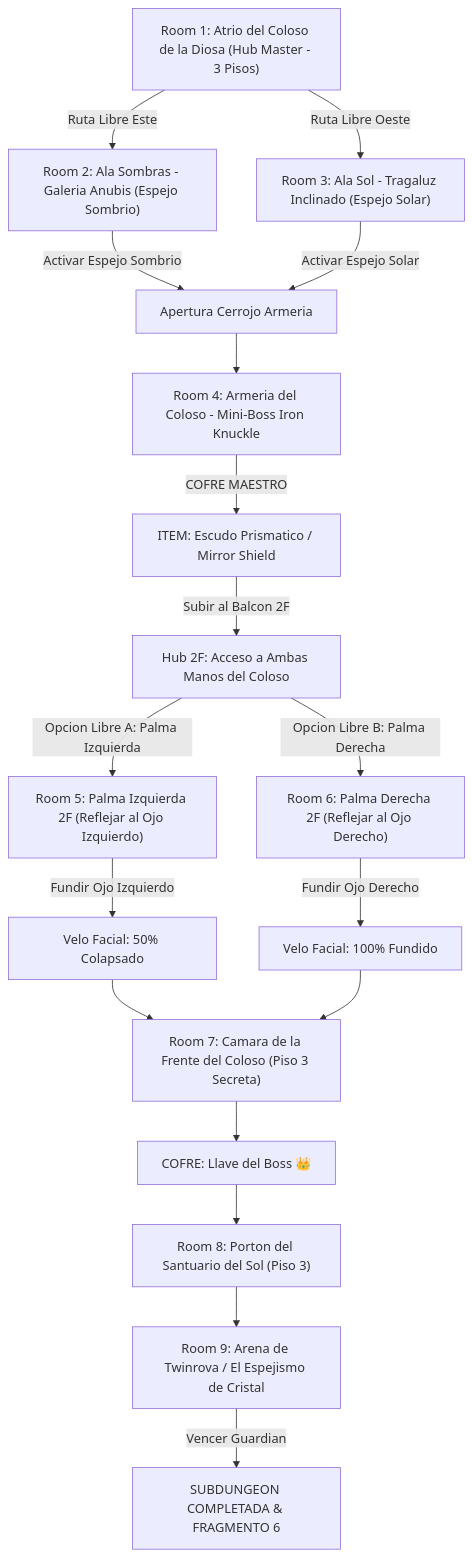
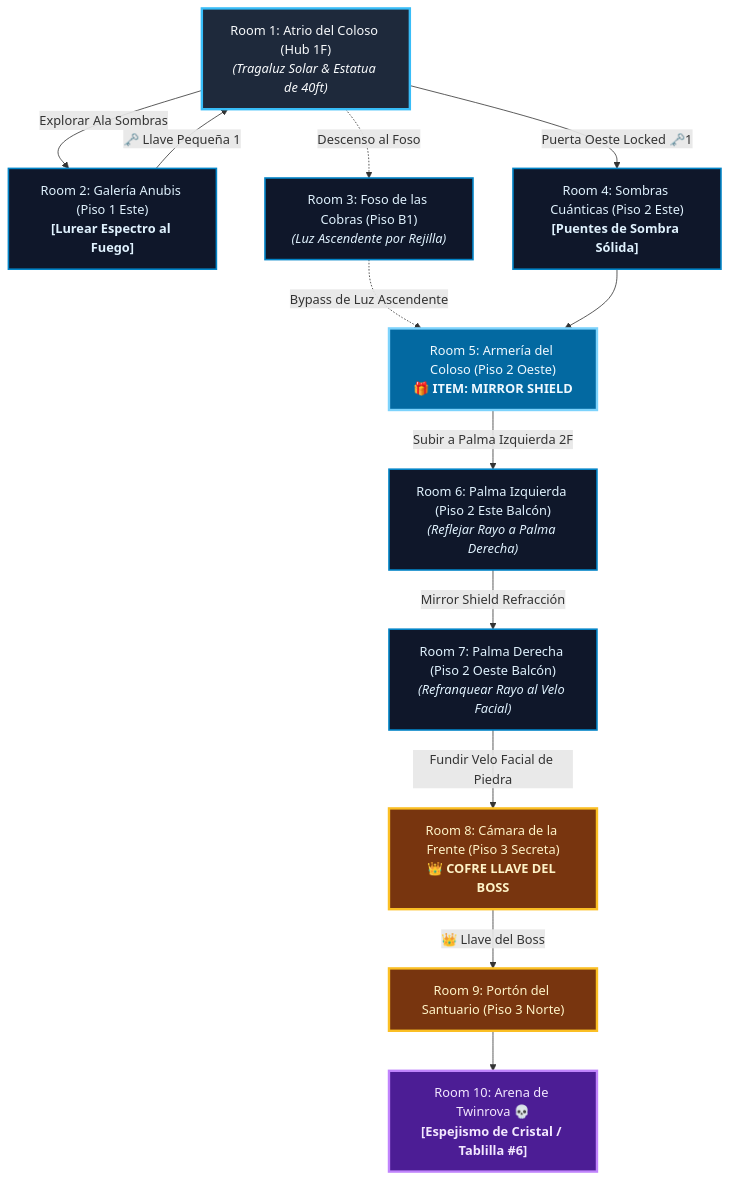
One commit to linkmati/ShivathLyss changed the diagram in 7 - DM/OneShots/ARepeat/Subdungeons/06_Subdungeon_Luz_Santuario.md. Above: the diagram before and after it, drawn with Mermaid. The commit also changed other lines of this file and 1 other file, not shown here.

Commit message:
Complete authentic Zelda layout overhaul for Subdungeon 4 and Subdungeon 6

````diff
--- a/7 - DM/OneShots/ARepeat/Subdungeons/06_Subdungeon_Luz_Santuario.md
+++ b/7 - DM/OneShots/ARepeat/Subdungeons/06_Subdungeon_Luz_Santuario.md
@@ -15,26 +15,29 @@
 ```mermaid
 graph TD
-    S1["Room 1: Atrio del Coloso de la Diosa (Hub Master - 3 Pisos)"] -->|Ruta Libre Este| S2["Room 2: Ala Sombras - Galeria Anubis (Espejo Sombrio)"]
-    S1 -->|Ruta Libre Oeste| S3["Room 3: Ala Sol - Tragaluz Inclinado (Espejo Solar)"]
-    
-    S2 -->|Activar Espejo Sombrio| S4_Unlock["Apertura Cerrojo Armeria"]
-    S3 -->|Activar Espejo Solar| S4_Unlock
-    
-    S4_Unlock --> S4["Room 4: Armeria del Coloso - Mini-Boss Iron Knuckle"]
-    S4 -->|COFRE MAESTRO| Item["ITEM: Escudo Prismatico / Mirror Shield"]
-    
-    Item -->|Subir al Balcon 2F| Hub2F["Hub 2F: Acceso a Ambas Manos del Coloso"]
-    
-    Hub2F -->|Opcion Libre A: Palma Izquierda| S5["Room 5: Palma Izquierda 2F (Reflejar al Ojo Izquierdo)"]
-    Hub2F -->|Opcion Libre B: Palma Derecha| S6["Room 6: Palma Derecha 2F (Reflejar al Ojo Derecho)"]
-    
-    S5 -->|Fundir Ojo Izquierdo| Face1["Velo Facial: 50% Colapsado"]
-    S6 -->|Fundir Ojo Derecho| Face2["Velo Facial: 100% Fundido"]
-    
-    Face1 & Face2 --> S7["Room 7: Camara de la Frente del Coloso (Piso 3 Secreta)"]
-    S7 --> BossKey["COFRE: Llave del Boss 👑"]
-    
-    BossKey --> S8["Room 8: Porton del Santuario del Sol (Piso 3)"]
-    S8 --> S9["Room 9: Arena de Twinrova / El Espejismo de Cristal"]
-    S9 -->|Vencer Guardian| Win["SUBDUNGEON COMPLETADA & FRAGMENTO 6"]
+    classDef hub fill:#1e293b,stroke:#38bdf8,stroke-width:3px,color:#f8fafc;
+    classDef branch fill:#0f172a,stroke:#0284c7,stroke-width:2px,color:#e0f2fe;
+    classDef item fill:#0369a1,stroke:#7dd3fc,stroke-width:3px,color:#f0f9ff;
+    classDef key fill:#78350f,stroke:#fbbf24,stroke-width:3px,color:#fef3c7;
+    classDef boss fill:#4c1d95,stroke:#c084fc,stroke-width:3px,color:#f3e8ff;
+
+    L1["Room 1: Atrio del Coloso (Hub 1F)<br/><i>(Tragaluz Solar & Estatua de 40ft)</i>"]:::hub
+    L2["Room 2: Galería Anubis (Piso 1 Este)<br/><b>[Lurear Espectro al Fuego]</b>"]:::branch
+    L3["Room 3: Foso de las Cobras (Piso B1)<br/><i>(Luz Ascendente por Rejilla)</i>"]:::branch
+    L4["Room 4: Sombras Cuánticas (Piso 2 Este)<br/><b>[Puentes de Sombra Sólida]</b>"]:::branch
+    L5["Room 5: Armería del Coloso (Piso 2 Oeste)<br/><b>🎁 ITEM: MIRROR SHIELD</b>"]:::item
+    L6["Room 6: Palma Izquierda (Piso 2 Este Balcón)<br/><i>(Reflejar Rayo a Palma Derecha)</i>"]:::branch
+    L7["Room 7: Palma Derecha (Piso 2 Oeste Balcón)<br/><i>(Refranquear Rayo al Velo Facial)</i>"]:::branch
+    L8["Room 8: Cámara de la Frente (Piso 3 Secreta)<br/><b>👑 COFRE LLAVE DEL BOSS</b>"]:::key
+    L9["Room 9: Portón del Santuario (Piso 3 Norte)"]:::key
+    L10["Room 10: Arena de Twinrova 💀<br/><b>[Espejismo de Cristal / Tablilla #6]</b>"]:::boss
+
+    L1 -->|Explorar Ala Sombras| L2
+    L2 -->|🗝️ Llave Pequeña 1| L1
+    L1 -.->|Descenso al Foso| L3
+    L3 -.->|Bypass de Luz Ascendente| L5
+    L1 -->|Puerta Oeste Locked 🗝️1| L4 --> L5
+    L5 -->|Subir a Palma Izquierda 2F| L6
+    L6 -->|Mirror Shield Refracción| L7
+    L7 -->|Fundir Velo Facial de Piedra| L8
+    L8 -->|👑 Llave del Boss| L9 --> L10
 ```
````
